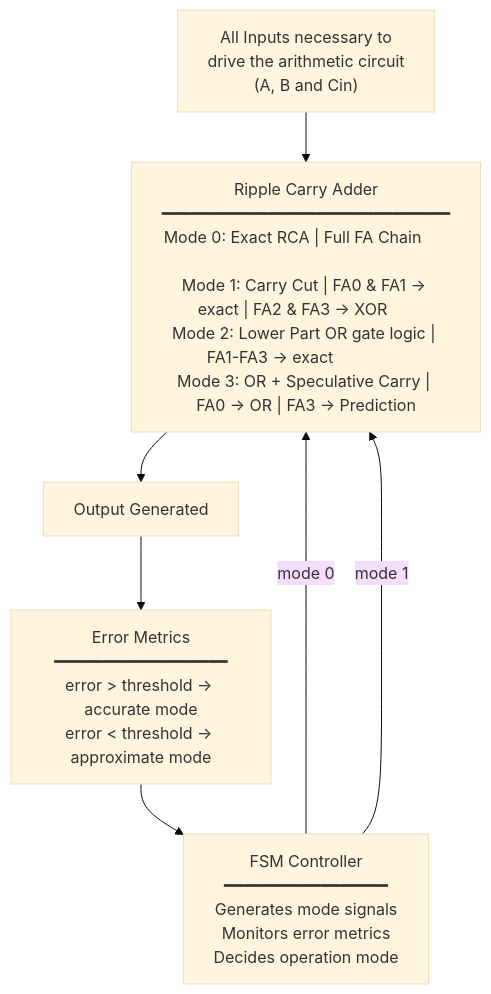
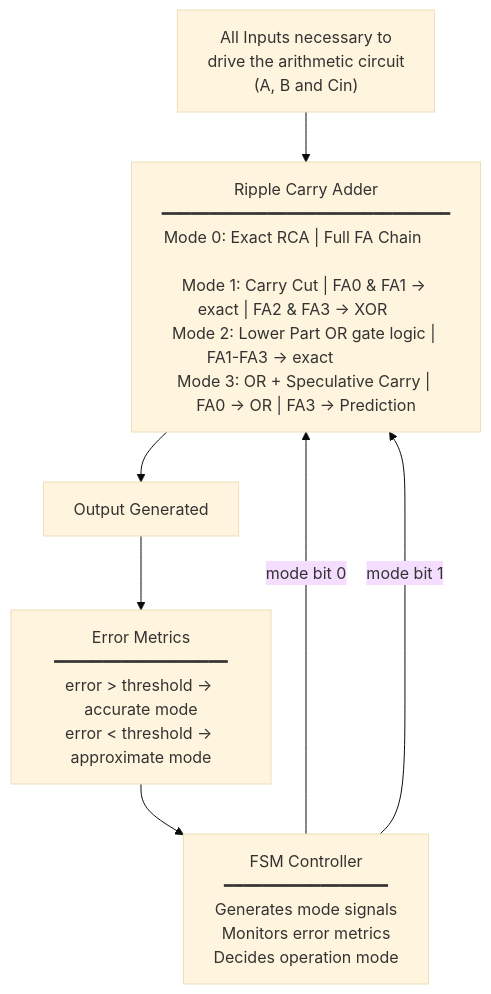
Before and after one commit to shinobi-14/Approximate-Arithmetic-Computing: the diagram in README.md, drawn with Mermaid (base theme).

````diff
--- a/README.md
+++ b/README.md
@@ -10,19 +10,19 @@
 ```mermaid
 flowchart TD
     Input["All Inputs necessary to <br/>drive the arithmetic circuit<br/>(A, B and Cin)"]
     
     RCA["Ripple Carry Adder<br/>━━━━━━━━━━━━━━━━━━━━━━━━━━━━━━<br/>Mode 0: Exact RCA | Full FA Chain                                           <br/>Mode 1: Carry Cut | FA0 & FA1 -> exact | FA2 & FA3 -> XOR      <br/>Mode 2: Lower Part OR gate logic | FA1-FA3 -> exact                <br/>Mode 3: OR + Speculative Carry | FA0 -> OR | FA3 -> Prediction"]
     
     Output["Output Generated"]
     
     Error["Error Metrics<br/>━━━━━━━━━━━━━━━━━━<br/>error > threshold → accurate mode<br/>error < threshold → approximate mode"]
     
     FSM["FSM Controller<br/>━━━━━━━━━━━━━━━━━<br/>Generates mode signals<br/>Monitors error metrics<br/>Decides operation mode"]
     
     Input --> RCA
-    FSM -->|mode 0| RCA
-    FSM -->|mode 1| RCA
+    FSM -->|mode bit 0| RCA
+    FSM -->|mode bit 1| RCA
     RCA --> Output
     Output --> Error
     Error --> FSM
 ```
````
